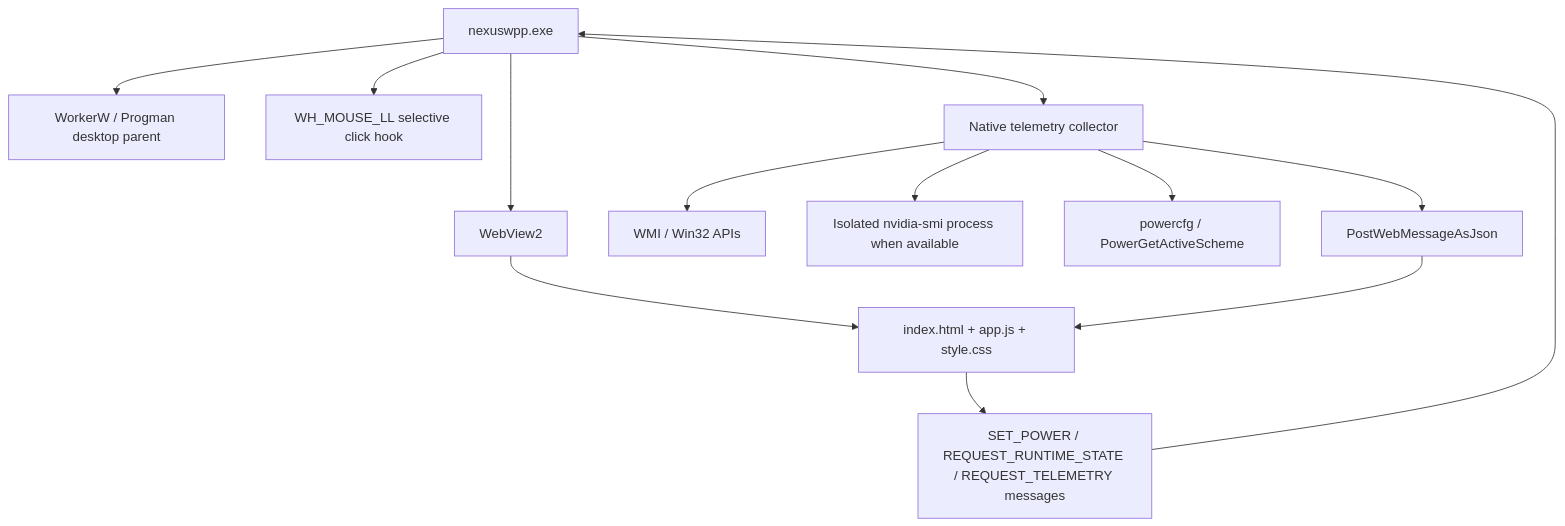
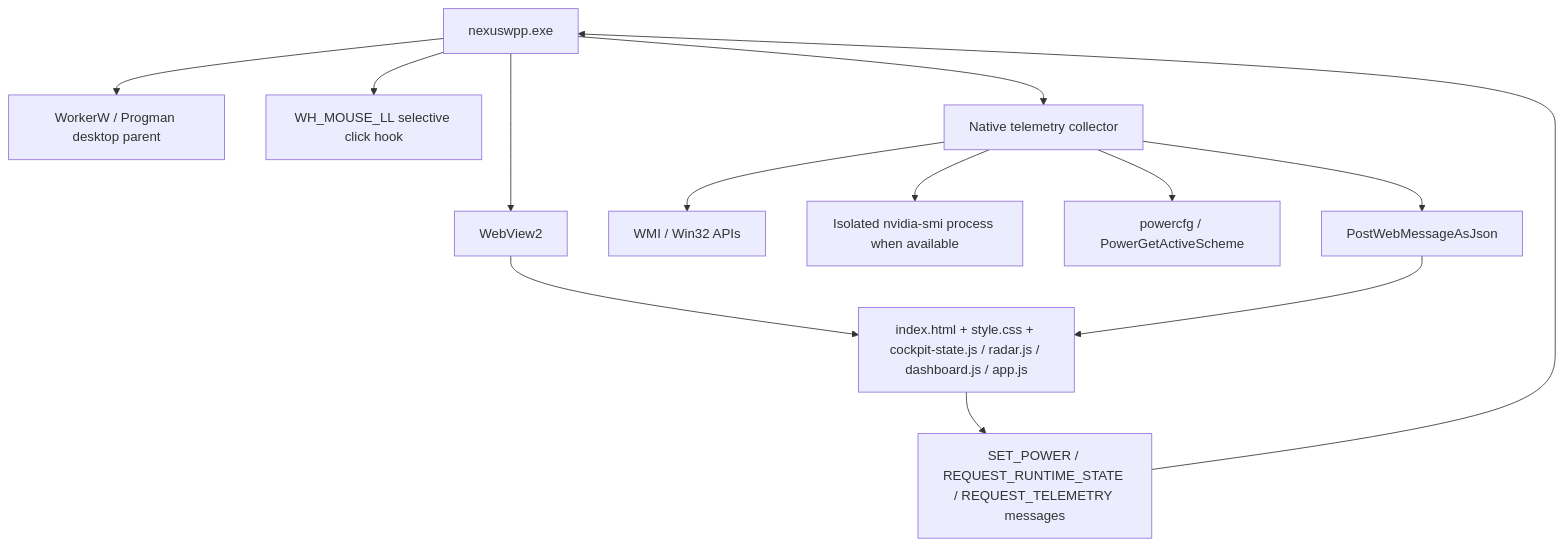
Before and after one commit to pironjulien/NexusWpp: the diagram in ARCHITECTURE.md, drawn with Mermaid. The commit also changed 23 other files, not shown here.

````diff
--- a/ARCHITECTURE.md
+++ b/ARCHITECTURE.md
@@ -5,15 +5,15 @@
 ```mermaid
 graph TD
     EXE[nexuswpp.exe] --> WV[WebView2]
     EXE --> DESK[WorkerW / Progman desktop parent]
     EXE --> HOOK[WH_MOUSE_LL selective click hook]
     EXE --> TEL[Native telemetry collector]
     TEL --> WMI[WMI / Win32 APIs]
     TEL --> NVIDIA[Isolated nvidia-smi process when available]
     TEL --> POWER[powercfg / PowerGetActiveScheme]
-    WV --> UI[index.html + app.js + style.css]
+    WV --> UI[index.html + style.css + cockpit-state.js / radar.js / dashboard.js / app.js]
     TEL --> MSG[PostWebMessageAsJson]
     MSG --> UI
     UI --> CMD[SET_POWER / REQUEST_RUNTIME_STATE / REQUEST_TELEMETRY messages]
     CMD --> EXE
 ```
````
